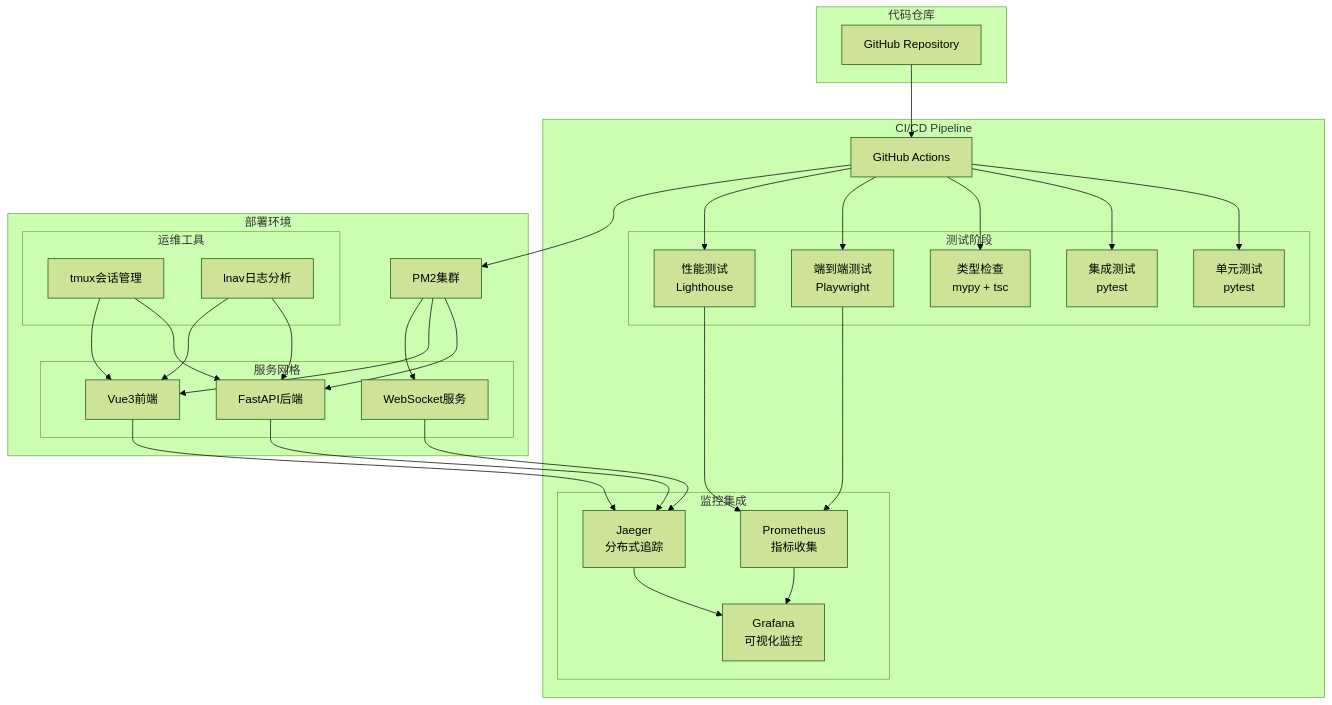
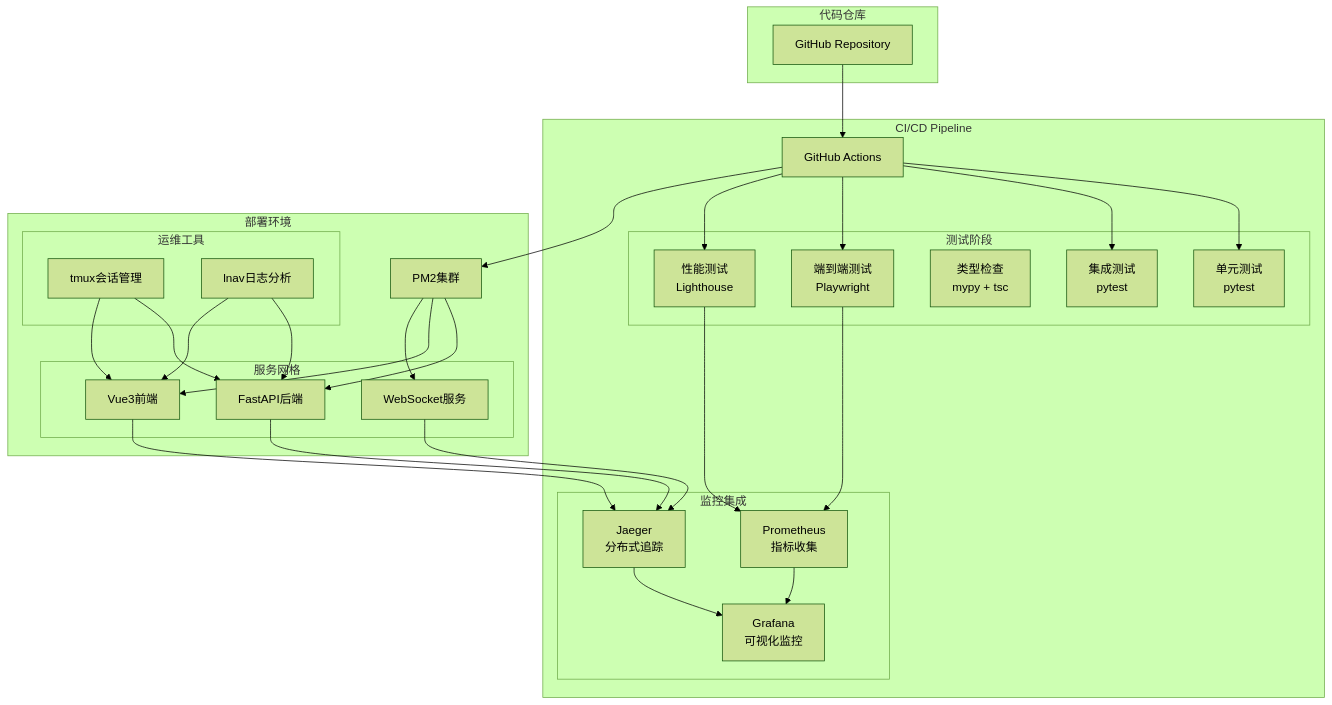
Before and after one commit to chengjon/mystocks: the diagram in docs/operations/ci-cd/MYSTOCKS_CI_CD_OPTIMIZATION_SYSTEM.md, drawn with Mermaid (forest theme). The commit also changed other lines of this file and 116 other files, not shown here.

````diff
--- a/docs/operations/ci-cd/MYSTOCKS_CI_CD_OPTIMIZATION_SYSTEM.md
+++ b/docs/operations/ci-cd/MYSTOCKS_CI_CD_OPTIMIZATION_SYSTEM.md
@@ -63,63 +63,62 @@
 ```mermaid
 graph TB
     subgraph "代码仓库"
         GH[GitHub Repository]
     end
 
     subgraph "CI/CD Pipeline"
         GA[GitHub Actions]
         subgraph "测试阶段"
             UT[单元测试<br/>pytest]
             IT[集成测试<br/>pytest]
             TC[类型检查<br/>mypy + tsc]
             E2E[端到端测试<br/>Playwright]
             PERF[性能测试<br/>Lighthouse]
         end
 
         subgraph "监控集成"
             PROM[Prometheus<br/>指标收集]
             JAEGER[Jaeger<br/>分布式追踪]
             GRAFANA[Grafana<br/>可视化监控]
         end
     end
 
     subgraph "部署环境"
         PM2[PM2集群]
         subgraph "服务网格"
             API[FastAPI后端]
             WEB[Vue3前端]
             WS[WebSocket服务]
         end
 
         subgraph "运维工具"
             TMUX[tmux会话管理]
             LNAV[lnav日志分析]
         end
     end
 
     GH --> GA
     GA --> UT
     GA --> IT
-    GA --> TC
     GA --> E2E
     GA --> PERF
 
     E2E --> PROM
     PERF --> PROM
     API --> JAEGER
     WEB --> JAEGER
     WS --> JAEGER
 
     PROM --> GRAFANA
     JAEGER --> GRAFANA
 
     GA --> PM2
     PM2 --> API
     PM2 --> WEB
     PM2 --> WS
 
     TMUX --> API
     TMUX --> WEB
     LNAV --> API
     LNAV --> WEB
 ```
````
